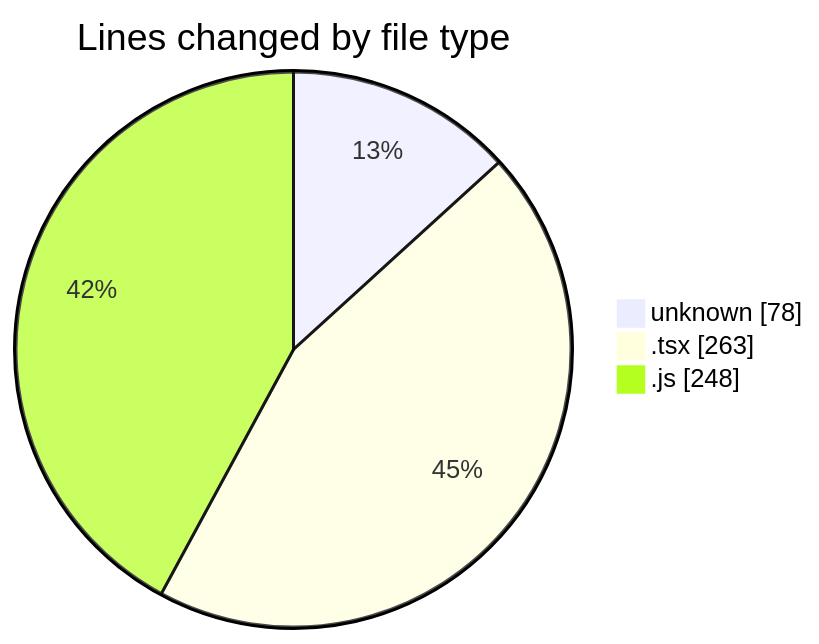
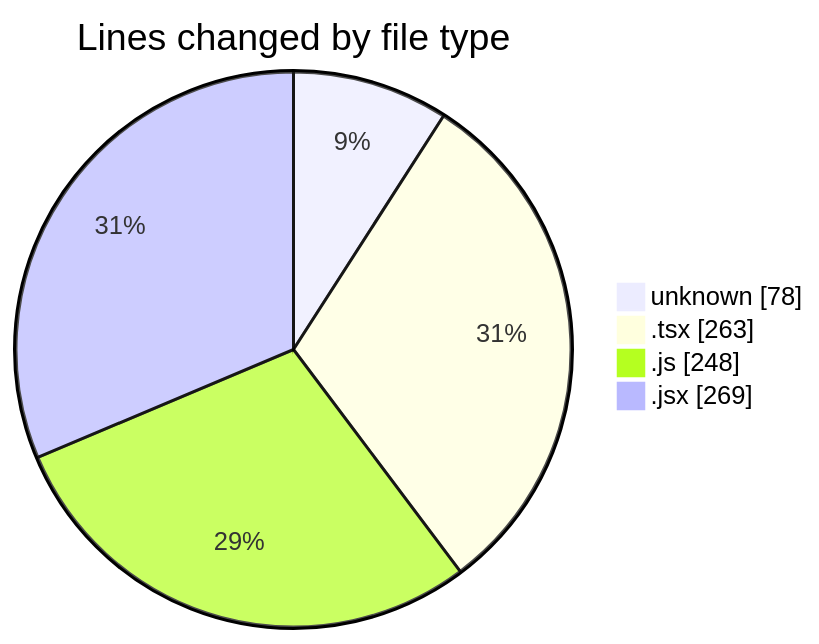
Before and after one commit to momahboobian/code-tracking: the first of 2 diagrams in 2025-06-02/cda/README.md, drawn with Mermaid. The commit also changed other lines of this file and 1 other file, not shown here.

````diff
--- a/2025-06-02/cda/README.md
+++ b/2025-06-02/cda/README.md
@@ -24,7 +25,8 @@
 ```mermaid
 pie showData
 title Lines changed by file type
 "unknown" : 78
 ".tsx" : 263
 ".js" : 248
+".jsx" : 269
 ```
````
